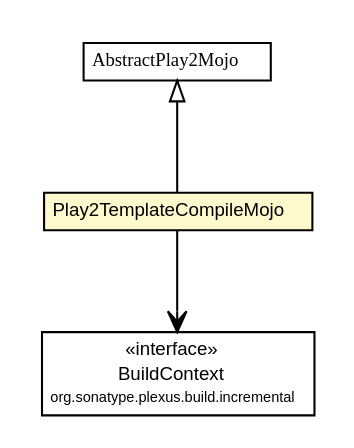
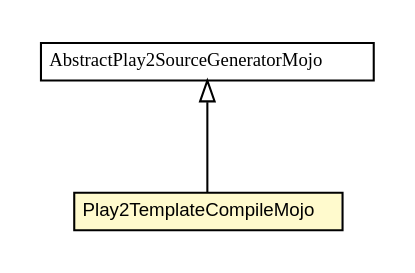
Before and after one commit to play2-maven-plugin/play2-maven-plugin.github.io: the diagram in play2-maven-plugin/1.0.0-beta5-SNAPSHOT/play2-maven-plugin/apidocs/com/google/code/play2/plugin/Play2TemplateCompileMojo.dot, drawn with Graphviz. The commit also changed 445 other files, not shown here.

```diff
--- a/play2-maven-plugin/1.0.0-beta5-SNAPSHOT/play2-maven-plugin/apidocs/com/google/code/play2/plugin/Play2TemplateCompileMojo.dot
+++ b/play2-maven-plugin/1.0.0-beta5-SNAPSHOT/play2-maven-plugin/apidocs/com/google/code/play2/plugin/Play2TemplateCompileMojo.dot
@@ -1,36 +1,26 @@
 #!/usr/local/bin/dot
 #
 # Class diagram 
 # Generated by UMLGraph version R5_6-24-gf6e263 (http://www.umlgraph.org/)
 #
 
 digraph G {
 	edge [fontname="arial",fontsize=10,labelfontname="arial",labelfontsize=10];
 	node [fontname="arial",fontsize=10,shape=plaintext];
 	nodesep=0.25;
 	ranksep=0.5;
 	// com.google.code.play2.plugin.Play2TemplateCompileMojo
-	c847 [label=<<table title="com.google.code.play2.plugin.Play2TemplateCompileMojo" border="0" cellborder="1" cellspacing="0" cellpadding="2" port="p" bgcolor="lemonChiffon" href="./Play2TemplateCompileMojo.html">
+	c901 [label=<<table title="com.google.code.play2.plugin.Play2TemplateCompileMojo" border="0" cellborder="1" cellspacing="0" cellpadding="2" port="p" bgcolor="lemonChiffon" href="./Play2TemplateCompileMojo.html">
 		<tr><td><table border="0" cellspacing="0" cellpadding="1">
 <tr><td align="center" balign="center"> Play2TemplateCompileMojo </td></tr>
 		</table></td></tr>
 		</table>>, URL="./Play2TemplateCompileMojo.html", fontname="arial", fontcolor="black", fontsize=9.0];
-	// com.google.code.play2.plugin.AbstractPlay2Mojo
-	c865 [label=<<table title="com.google.code.play2.plugin.AbstractPlay2Mojo" border="0" cellborder="1" cellspacing="0" cellpadding="2" port="p" href="./AbstractPlay2Mojo.html">
+	// com.google.code.play2.plugin.AbstractPlay2SourceGeneratorMojo
+	c917 [label=<<table title="com.google.code.play2.plugin.AbstractPlay2SourceGeneratorMojo" border="0" cellborder="1" cellspacing="0" cellpadding="2" port="p" href="./AbstractPlay2SourceGeneratorMojo.html">
 		<tr><td><table border="0" cellspacing="0" cellpadding="1">
-<tr><td align="center" balign="center"><font face="arial italic"> AbstractPlay2Mojo </font></td></tr>
+<tr><td align="center" balign="center"><font face="arial italic"> AbstractPlay2SourceGeneratorMojo </font></td></tr>
 		</table></td></tr>
-		</table>>, URL="./AbstractPlay2Mojo.html", fontname="arial", fontcolor="black", fontsize=9.0];
-	//com.google.code.play2.plugin.Play2TemplateCompileMojo extends com.google.code.play2.plugin.AbstractPlay2Mojo
-	c865:p -> c847:p [dir=back,arrowtail=empty];
-	// com.google.code.play2.plugin.Play2TemplateCompileMojo NAVASSOC org.sonatype.plexus.build.incremental.BuildContext
-	c847:p -> c873:p [taillabel="", label="", headlabel="", fontname="arial", fontcolor="black", fontsize=10.0, color="black", arrowhead=open];
-	// org.sonatype.plexus.build.incremental.BuildContext
-	c873 [label=<<table title="org.sonatype.plexus.build.incremental.BuildContext" border="0" cellborder="1" cellspacing="0" cellpadding="2" port="p">
-		<tr><td><table border="0" cellspacing="0" cellpadding="1">
-<tr><td align="center" balign="center"> &#171;interface&#187; </td></tr>
-<tr><td align="center" balign="center"> BuildContext </td></tr>
-<tr><td align="center" balign="center"><font point-size="7.0"> org.sonatype.plexus.build.incremental </font></td></tr>
-		</table></td></tr>
-		</table>>, URL="null", fontname="arial", fontcolor="black", fontsize=9.0];
+		</table>>, URL="./AbstractPlay2SourceGeneratorMojo.html", fontname="arial", fontcolor="black", fontsize=9.0];
+	//com.google.code.play2.plugin.Play2TemplateCompileMojo extends com.google.code.play2.plugin.AbstractPlay2SourceGeneratorMojo
+	c917:p -> c901:p [dir=back,arrowtail=empty];
 }
```
